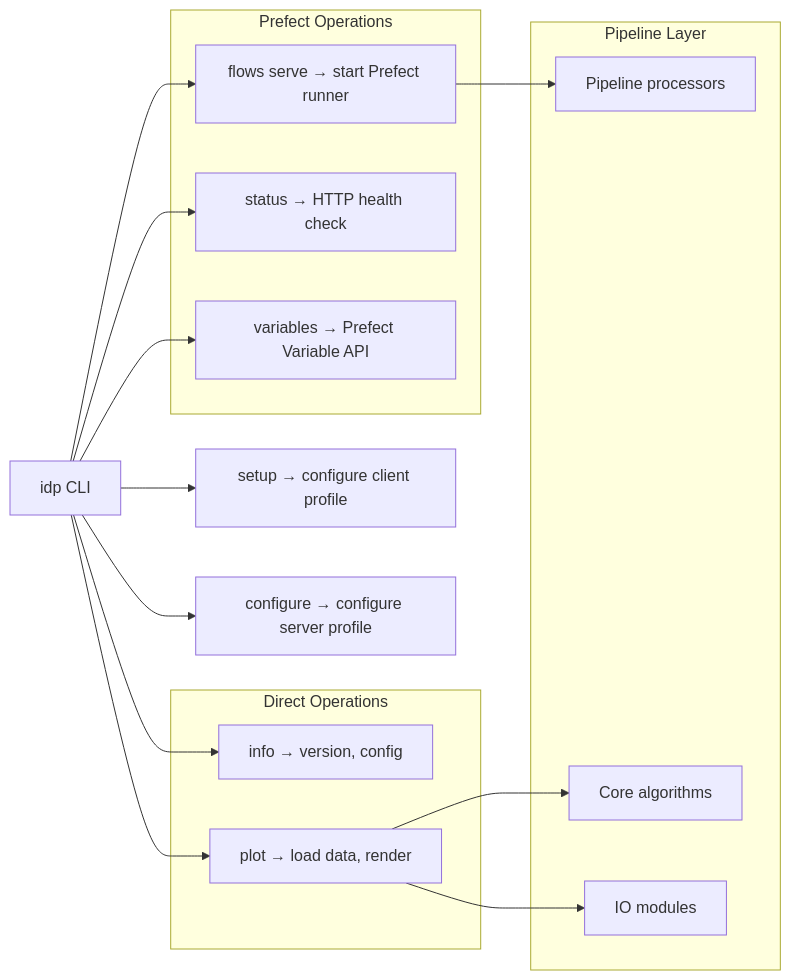
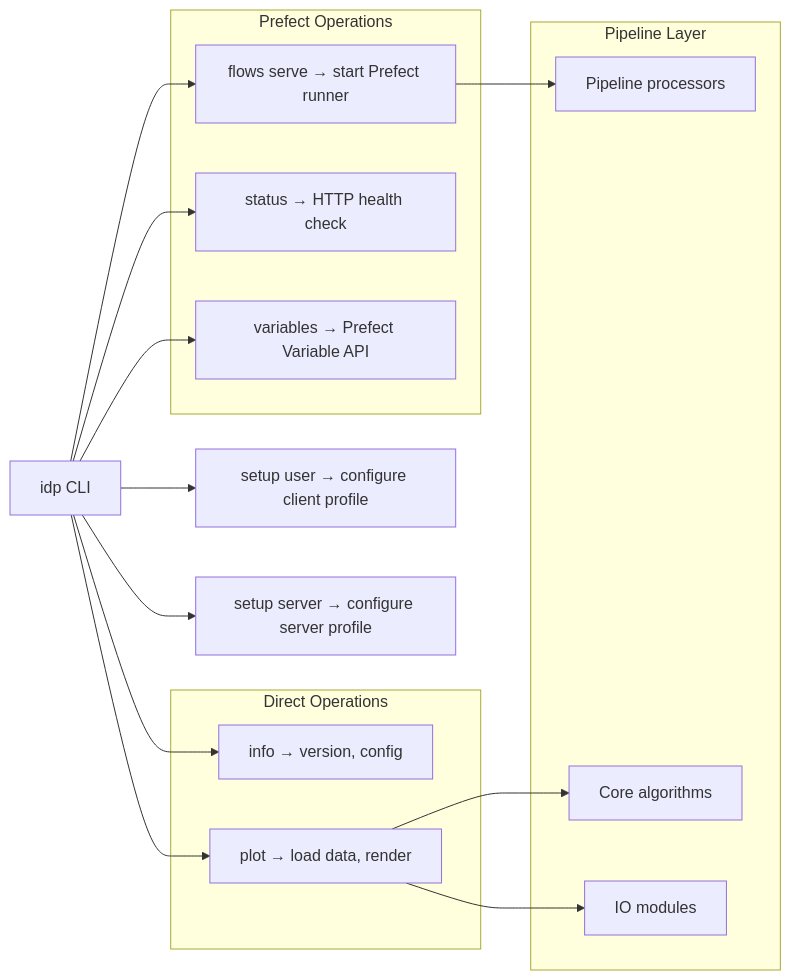
The second of 2 diagrams in docs/cli/cli_usage.md (cdeldon/irsol-data-pipeline), drawn with Mermaid before and after one commit. The commit also changed other lines of this file and 8 other files, not shown here.

First line of the commit message:
Restructure CLI setup/configure commands to idp setup user/server

````diff
--- a/docs/cli/cli_usage.md
+++ b/docs/cli/cli_usage.md
@@ -320,35 +331,35 @@
 ```mermaid
 flowchart LR
     CLI["idp CLI"]
 
     subgraph "Direct Operations"
         INFO_CMD["info → version, config"]
         PLOT_CMD["plot → load data, render"]
     end
 
     subgraph "Prefect Operations"
         SERVE_CMD["flows serve → start Prefect runner"]
         STATUS_CMD["status → HTTP health check"]
         VARS_CMD["variables → Prefect Variable API"]
     end
 
     subgraph "Pipeline Layer"
         PIPELINE["Pipeline processors"]
         CORE["Core algorithms"]
         IO_MOD["IO modules"]
     end
 
     CLI --> INFO_CMD
     CLI --> PLOT_CMD
     CLI --> SERVE_CMD
     CLI --> STATUS_CMD
     CLI --> VARS_CMD
-    SETUP_CMD["setup → configure client profile"]
-    CONFIGURE_CMD["configure → configure server profile"]
-    CLI --> SETUP_CMD
-    CLI --> CONFIGURE_CMD
+    SETUP_USER_CMD["setup user → configure client profile"]
+    SETUP_SERVER_CMD["setup server → configure server profile"]
+    CLI --> SETUP_USER_CMD
+    CLI --> SETUP_SERVER_CMD
 
     PLOT_CMD --> IO_MOD
     PLOT_CMD --> CORE
     SERVE_CMD --> PIPELINE
 ```
````
